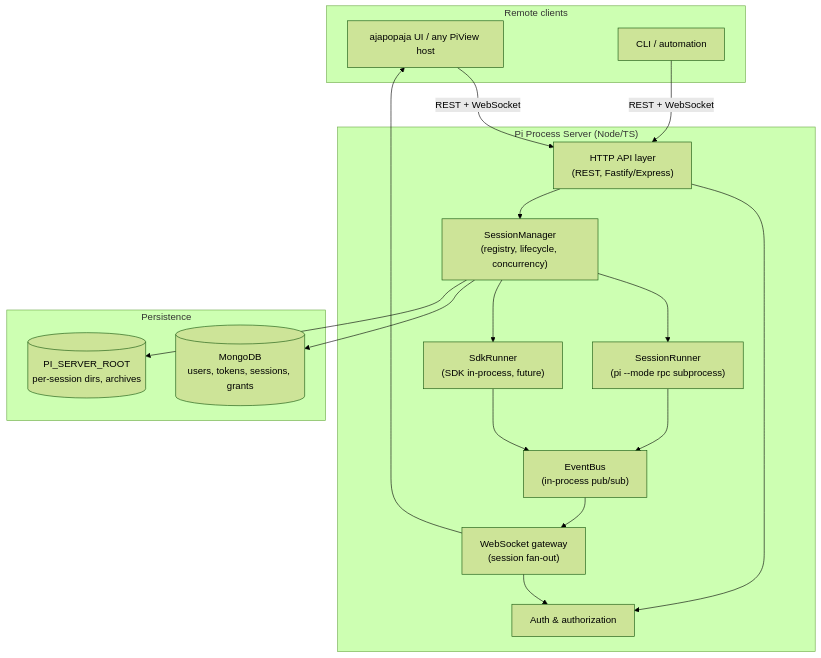
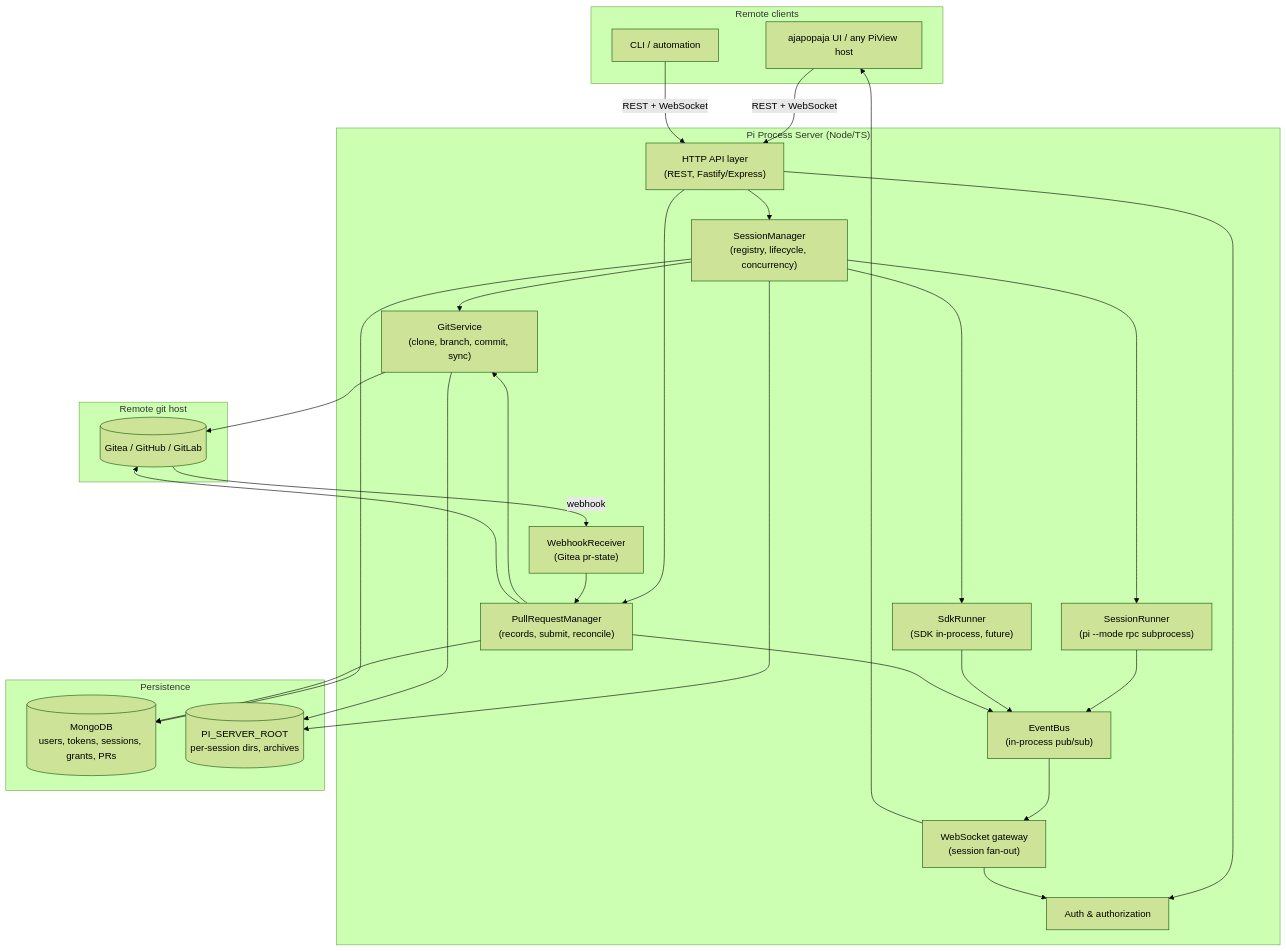
The first of 3 diagrams in design/pi_server/dd_architecture.md (marcbaechinger/ajapopaja-build), drawn with Mermaid (forest theme) before and after one commit. The commit also changed other lines of this file and 6 other files, not shown here.

First line of the commit message:
docs(pi-server): add git workspace & pull-request workflow design

````diff
--- a/design/pi_server/dd_architecture.md
+++ b/design/pi_server/dd_architecture.md
@@ -55,36 +61,53 @@
 ```mermaid
 flowchart TB
     subgraph Clients["Remote clients"]
         UI["ajapopaja UI / any PiView host"]
         CLI["CLI / automation"]
     end
 
     subgraph Server["Pi Process Server (Node/TS)"]
         HTTP["HTTP API layer<br/>(REST, Fastify/Express)"]
         WS["WebSocket gateway<br/>(session fan-out)"]
         AUTH["Auth & authorization"]
         MGR["SessionManager<br/>(registry, lifecycle, concurrency)"]
         RUN["SessionRunner<br/>(pi --mode rpc subprocess)"]
         SUB["SdkRunner<br/>(SDK in-process, future)"]
+        GIT["GitService<br/>(clone, branch, commit, sync)"]
+        PRM["PullRequestManager<br/>(records, submit, reconcile)"]
+        HOOK["WebhookReceiver<br/>(Gitea pr-state)"]
         EVT["EventBus<br/>(in-process pub/sub)"]
     end
 
     subgraph Store["Persistence"]
-        DB[("MongoDB<br/>users, tokens, sessions, grants")]
+        DB[("MongoDB<br/>users, tokens, sessions, grants, PRs")]
         FS[("PI_SERVER_ROOT<br/>per-session dirs, archives")]
+    end
+
+    subgraph Remote["Remote git host"]
+        GH[("Gitea / GitHub / GitLab")]
     end
 
     UI -->|"REST + WebSocket"| HTTP
     CLI -->|"REST + WebSocket"| HTTP
     HTTP --> AUTH
     WS --> AUTH
     HTTP --> MGR
+    HTTP --> PRM
     MGR --> RUN
     MGR --> SUB
+    MGR --> GIT
     MGR --> DB
     MGR --> FS
+    PRM --> GIT
+    PRM --> DB
+    GIT --> FS
+    GIT --> GH
+    PRM --> GH
+    GH -->|"webhook"| HOOK
+    HOOK --> PRM
     RUN --> EVT
     SUB --> EVT
+    PRM --> EVT
     EVT --> WS
     WS --> UI
 ```
````
